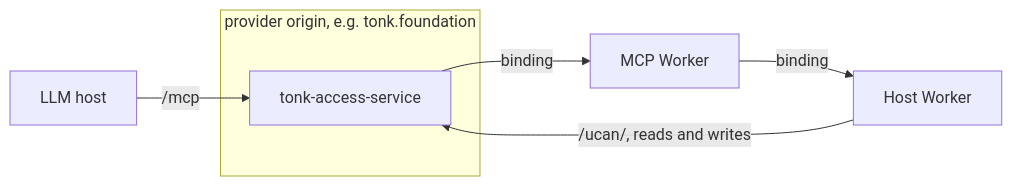
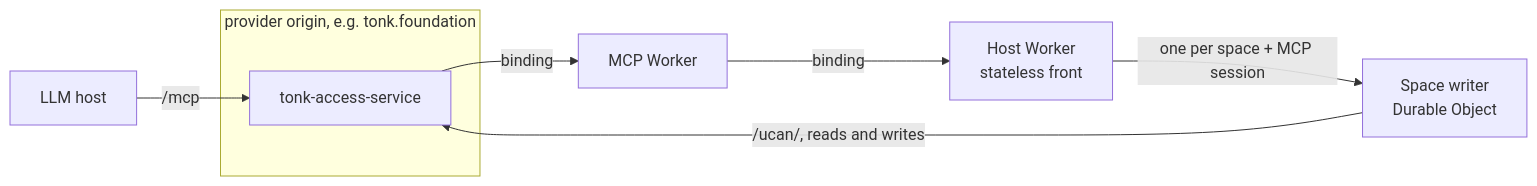
The third of 8 diagrams in plans/2026-10-28-hosted-agent-peer.md (tonk-labs/tonk), drawn with Mermaid before and after one commit. The commit also changed other lines of this file, not shown here.

First line of the commit message:
plans: one space writer per space and MCP session after the stage 0 spike

````diff
--- a/plans/2026-10-28-hosted-agent-peer.md
+++ b/plans/2026-10-28-hosted-agent-peer.md
@@ -95,10 +103,11 @@
 ```mermaid
 flowchart LR
   client[LLM host] -- "/mcp" --> access
   subgraph origin[provider origin, e.g. tonk.foundation]
     access[tonk-access-service]
   end
   access -- "binding" --> mcp[MCP Worker]
-  mcp -- "binding" --> host[Host Worker]
-  host -- "/ucan/, reads and writes" --> access
+  mcp -- "binding" --> host[Host Worker<br/>stateless front]
+  host -- "one per space + MCP session" --> writer[Space writer<br/>Durable Object]
+  writer -- "/ucan/, reads and writes" --> access
 ```
````
